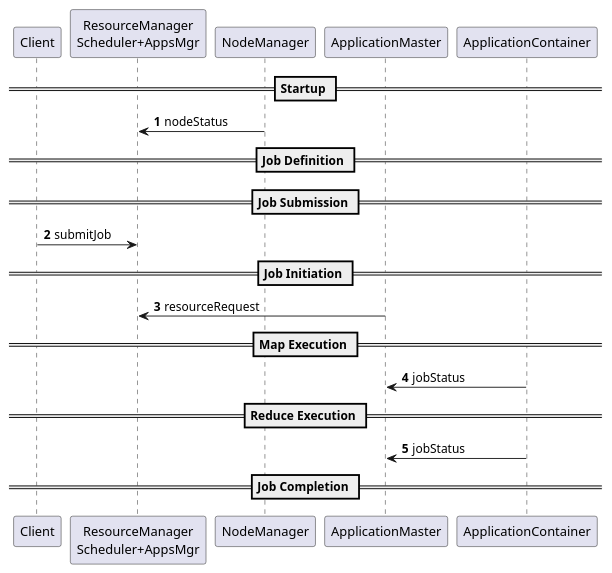
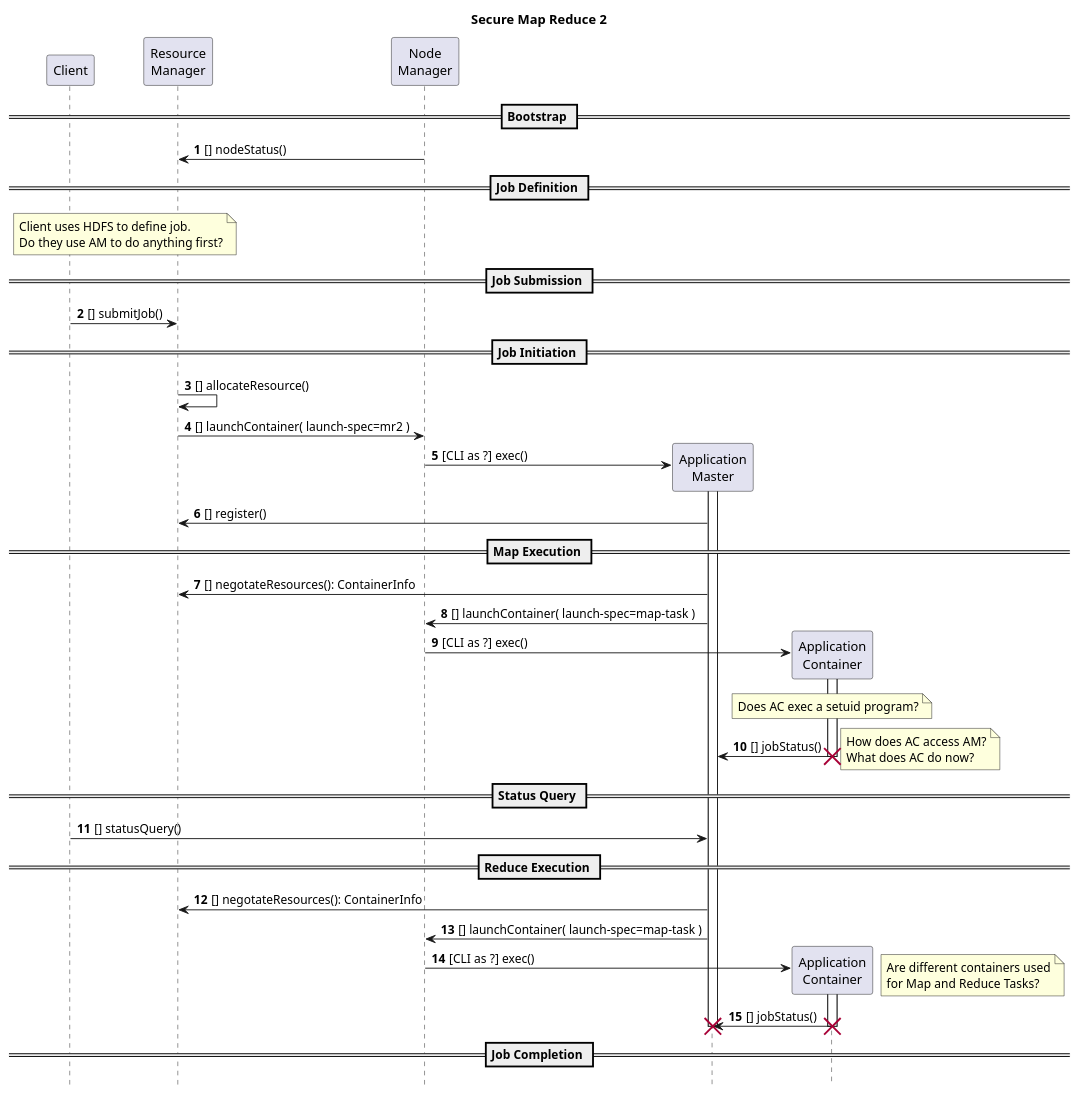
The diagram in hadoop/src/yarn.puml (kminder/puml), drawn with PlantUML before and after one commit.

Commit message:
Captured more content from http://hortonworks.com/blog/apache-hadoop-yarn-concepts-and-applications

```diff
--- a/hadoop/src/yarn.puml
+++ b/hadoop/src/yarn.puml
@@ -1,36 +1,70 @@
 @startuml
+title Secure Map Reduce 2
 autonumber
+hide footbox
 
-participant Client as C
-participant "ResourceManager\nScheduler+AppsMgr" as RM
-participant NodeManager as NM
-participant ApplicationMaster as AM
-participant ApplicationContainer as AC
-'participant NameNode as NN
-'participant DataNode as DN
+participant "Client" as C
+participant "Resource\nManager" as RM
+participant "Node\nManager" as NM
+participant "Application\nMaster" as AM
+participant "Application\nContainer" as AC
+'participant "NameNode" as NN
+'participant "DataNode" as DN
 
-== Startup ==
+== Bootstrap ==
 
-NM->RM: nodeStatus
+NM->RM: [] nodeStatus()
+'DN->NN: heartbeat( status ): block-token-secret
 
 == Job Definition ==
 
+  note over C,RM: Client uses HDFS to define job.\nDo they use AM to do anything first?
+
 == Job Submission ==
 
-C->RM: submitJob
+C->RM: [] submitJob()
 
 == Job Initiation ==
 
-AM->RM: resourceRequest
+RM->RM: [] allocateResource()
+RM->NM: [] launchContainer( launch-spec=mr2 )
+  create AM
+NM->AM: [CLI as ?] exec()
+  activate AM
+AM->RM: [] register()
 
 == Map Execution ==
 
-AC->AM: jobStatus
+AM->RM: [] negotateResources(): ContainerInfo
+AM->NM: [] launchContainer( launch-spec=map-task )
+  create AC
+NM->AC: [CLI as ?] exec()
+  note over AC: Does AC exec a setuid program?
+  activate AC
+AC->AM: [] jobStatus()
+  note right: How does AC access AM?\nWhat does AC do now?
+  deactivate AC
+  destroy AC
+
+== Status Query ==
+
+C->AM: [] statusQuery()
 
 == Reduce Execution ==
 
-AC->AM: jobStatus
+AM->RM: [] negotateResources(): ContainerInfo
+AM->NM: [] launchContainer( launch-spec=map-task )
+  create AC
+NM->AC: [CLI as ?] exec()
+  note right: Are different containers used\nfor Map and Reduce Tasks?
+  activate AC
+AC->AM: [] jobStatus()
+  deactivate AC
+  destroy AC
 
 == Job Completion ==
 
+deactivate AM
+destroy AM
+
 @enduml
```
